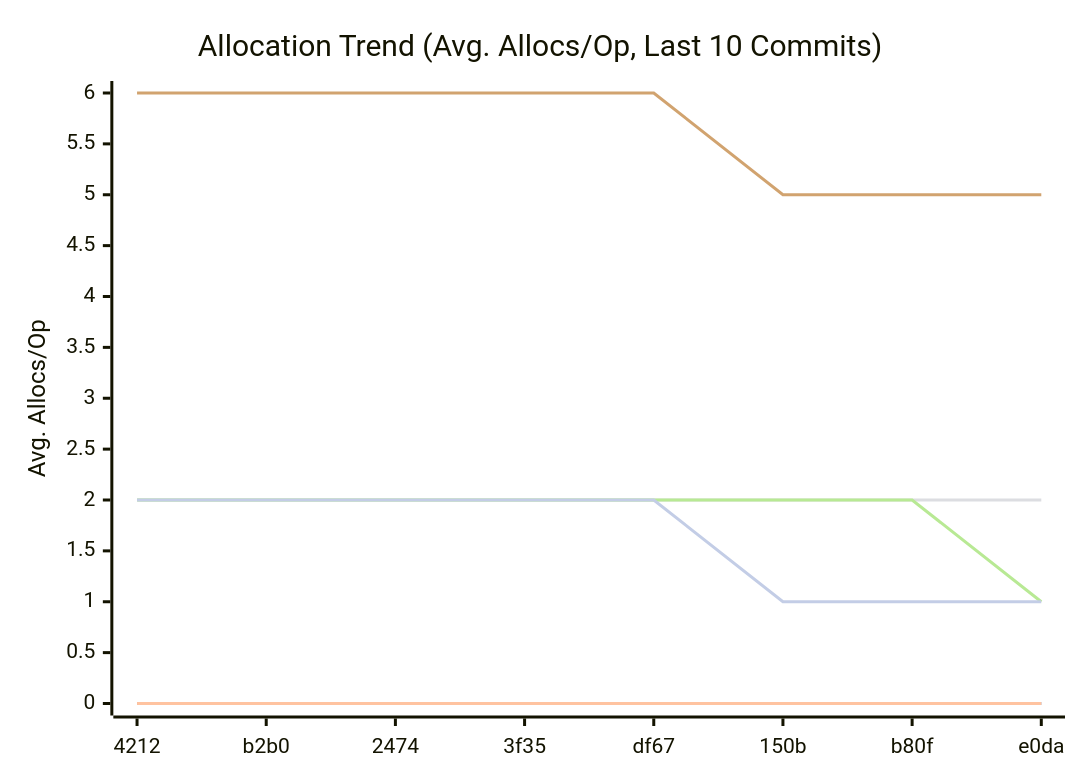
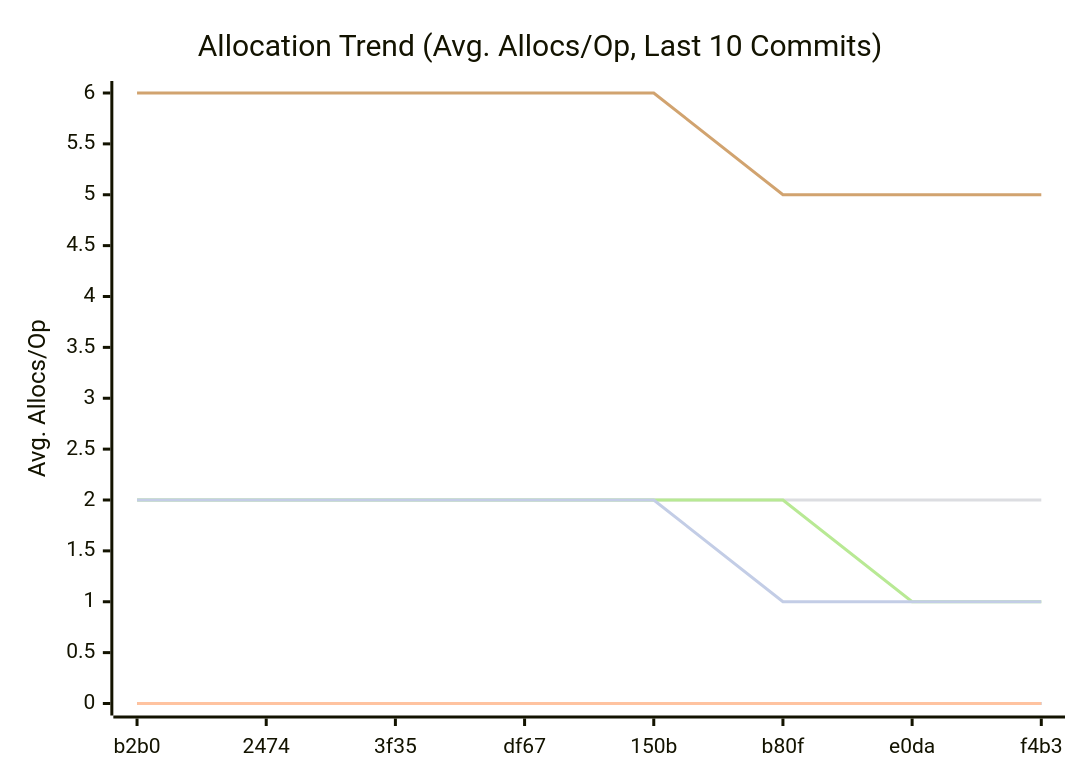
Before and after one commit to alsotoes/momo: the third of 3 diagrams in docs/README.md, drawn with Mermaid. The commit also changed other lines of this file and 1 other file, not shown here.

````diff
--- a/docs/README.md
+++ b/docs/README.md
@@ -183,14 +183,14 @@
 ```mermaid
 xychart-beta
     title "Allocation Trend (Avg. Allocs/Op, Last 10 Commits)"
     x-axis "Commit"
     y-axis "Avg. Allocs/Op"
-    x-axis [4212,b2b0,2474,3f35,df67,150b,b80f,e0da]
+    x-axis [b2b0,2474,3f35,df67,150b,b80f,e0da,f4b3]
     line "CheckMetricsAndSwap" [0,0,0,0,0,0,0,0,0,0]
     line "IndexDirectTracking" [0,0,0,0,0,0,0,0,0,0]
     line "IndexSearch" [0,0,0,0,0,0,0,0,0,0]
-    line "LoadGlobalConfig" [2,2,2,2,2,2,2,2,2,2]
-    line "PadString" [2,2,2,2,2,2,2,1,1,1]
+    line "LoadGlobalConfig" [2,2,2,2,2,2,2,2,2,1]
+    line "PadString" [2,2,2,2,2,2,1,1,1,0]
     line "ParseReplicationOrder_NoPrealloc" [6,6,6,6,6,5,5,5,5,5]
     line "ParseReplicationOrder_Prealloc" [2,2,2,2,2,1,1,1,1,1]
 ```
````
